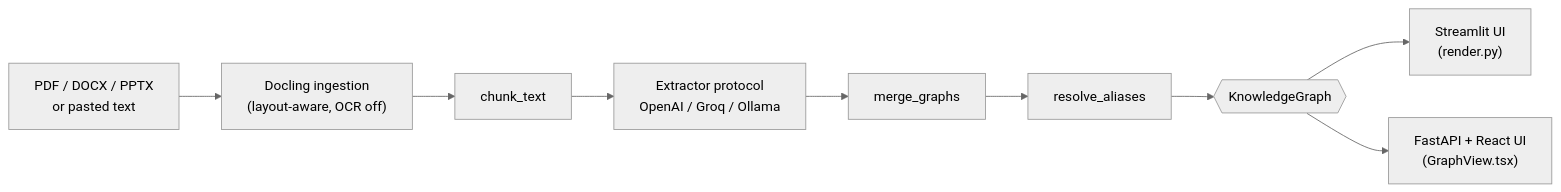
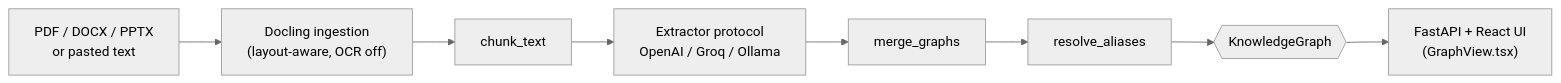
Before and after one commit to Tarek-yagami/InkMap: the diagram in README.md, drawn with Mermaid (neutral theme). The commit also changed other lines of this file and 6 other files, not shown here.

````diff
--- a/README.md
+++ b/README.md
@@ -13,11 +13,10 @@
 ```mermaid
 flowchart LR
     A["PDF / DOCX / PPTX<br/>or pasted text"] --> B["Docling ingestion<br/>(layout-aware, OCR off)"]
     B --> C[chunk_text]
     C --> D["Extractor protocol<br/>OpenAI / Groq / Ollama"]
     D --> E[merge_graphs]
     E --> F[resolve_aliases]
     F --> G{{KnowledgeGraph}}
-    G --> H["Streamlit UI<br/>(render.py)"]
-    G --> I["FastAPI + React UI<br/>(GraphView.tsx)"]
+    G --> H["FastAPI + React UI<br/>(GraphView.tsx)"]
 ```
````
